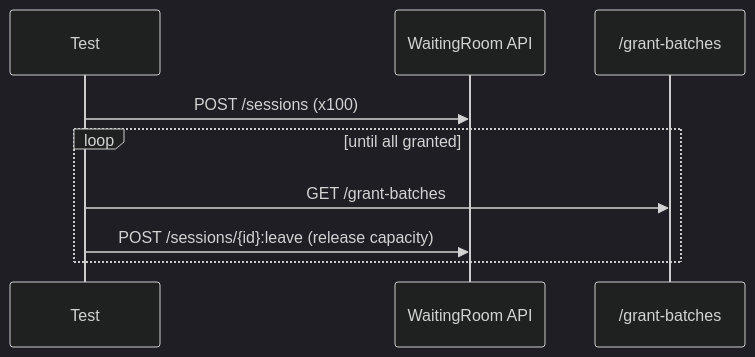
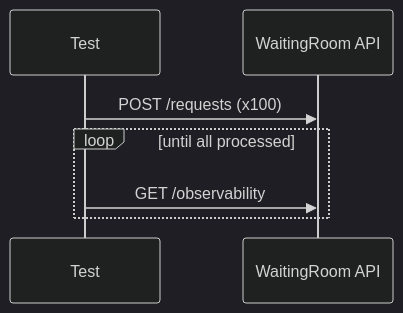
Before and after one commit to ShalomDeitch1/examples: the diagram in ticketmaster/tech-waiting-room/waiting-room-test-support/README.md, drawn with Mermaid (dark theme). The commit also changed 5 other files, not shown here.

````diff
--- a/ticketmaster/tech-waiting-room/waiting-room-test-support/README.md
+++ b/ticketmaster/tech-waiting-room/waiting-room-test-support/README.md
@@ -5,11 +5,9 @@
 ```mermaid
 sequenceDiagram
   participant T as Test
   participant API as WaitingRoom API
-  participant B as /grant-batches
-  T->>API: POST /sessions (x100)
-  loop until all granted
-    T->>B: GET /grant-batches
-    T->>API: POST /sessions/{id}:leave (release capacity)
+  T->>API: POST /requests (x100)
+  loop until all processed
+    T->>API: GET /observability
   end
 ```
````
